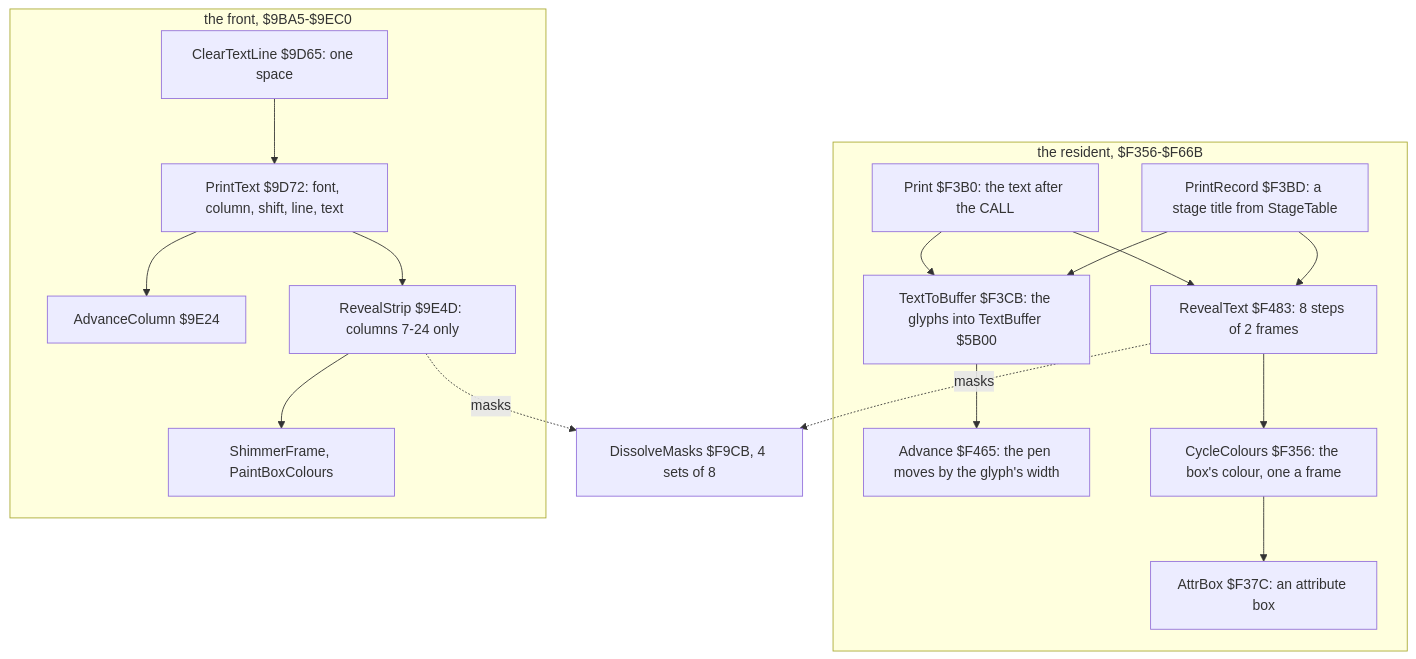
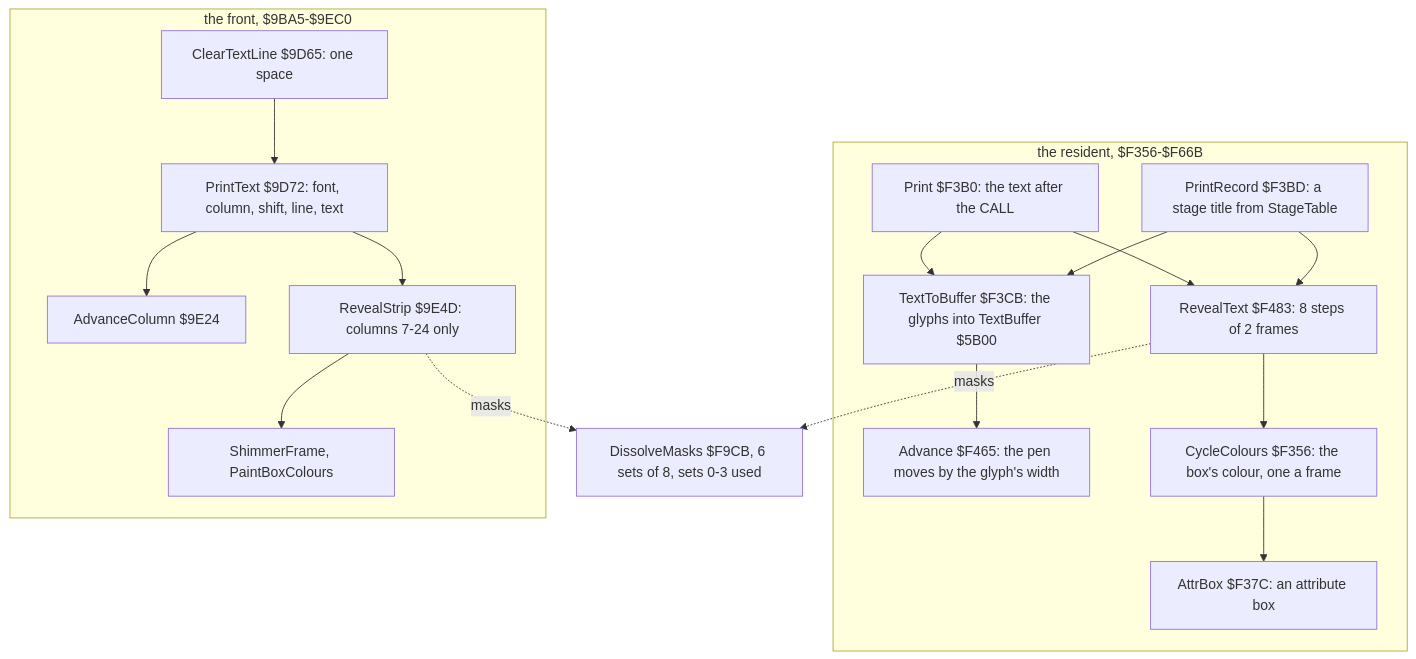
One commit to alfishe/unrealng-reverse-cases changed the first of 5 diagrams in games/myth/docs/08-hud-and-text.md. Above: the diagram before and after it, drawn with Mermaid. The commit also changed other lines of this file and 42 other files, not shown here.

Commit message:
Myth: review round 1 fixed (57 findings): waits at two HALTs a turn, the demon's tenth object, the deadly cell ahead of the head, enemies and bosses of stages 2-5 with asm, mermaid, animations and witnesses, maps and enemy sheets redrawn

````diff
--- a/games/myth/docs/08-hud-and-text.md
+++ b/games/myth/docs/08-hud-and-text.md
@@ -33,20 +33,20 @@
 ```mermaid
 flowchart TD
     subgraph resident["the resident, $F356-$F66B"]
         P["Print $F3B0: the text after the CALL"] --> T["TextToBuffer $F3CB: the glyphs into TextBuffer $5B00"]
         PR["PrintRecord $F3BD: a stage title from StageTable"] --> T
         T --> A["Advance $F465: the pen moves by the glyph's width"]
         P --> R["RevealText $F483: 8 steps of 2 frames"]
         PR --> R
         R --> C["CycleColours $F356: the box's colour, one a frame"]
         C --> B["AttrBox $F37C: an attribute box"]
     end
     subgraph front["the front, $9BA5-$9EC0"]
         PT["PrintText $9D72: font, column, shift, line, text"] --> AC["AdvanceColumn $9E24"]
         PT --> RS["RevealStrip $9E4D: columns 7-24 only"]
         CL["ClearTextLine $9D65: one space"] --> PT
         RS --> SF["ShimmerFrame, PaintBoxColours"]
     end
-    R -.->|"masks"| M["DissolveMasks $F9CB, 4 sets of 8"]
+    R -.->|"masks"| M["DissolveMasks $F9CB, 6 sets of 8, sets 0-3 used"]
     RS -.->|"masks"| M
 ```
````
